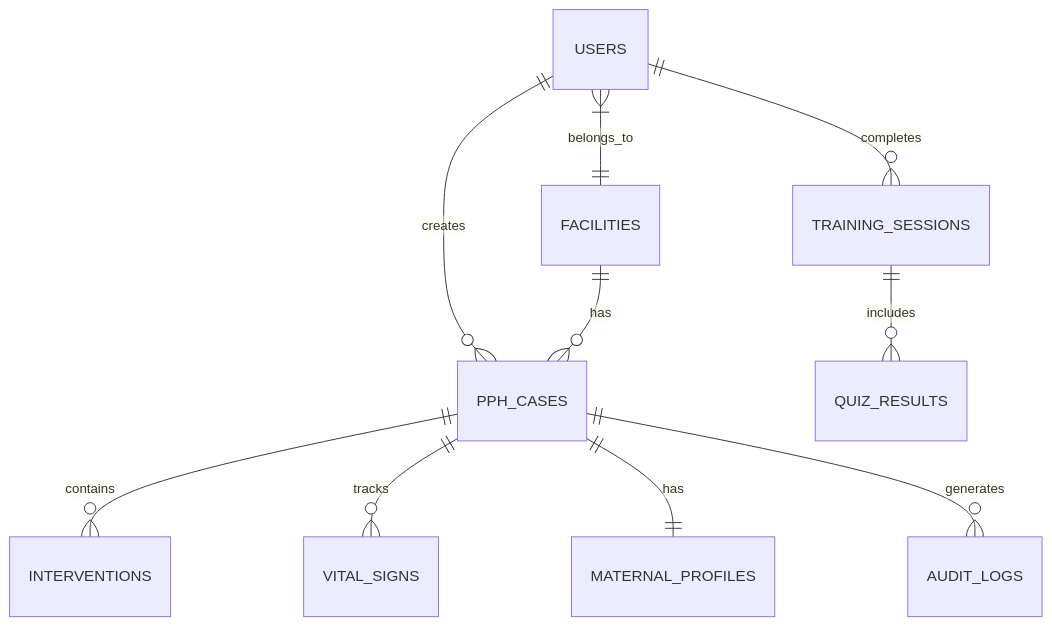
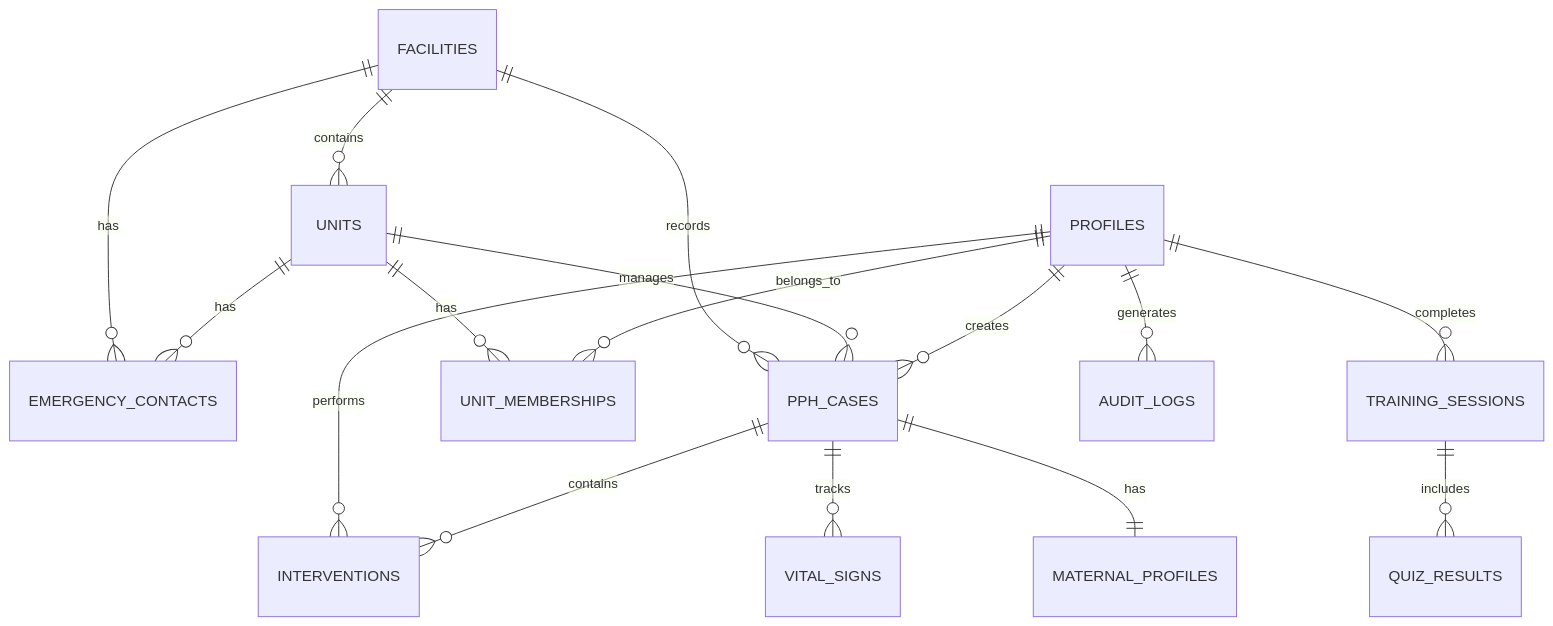
The diagram in docs/DATABASE_SCHEMA.md (Abdulhalim7177/motivaid), drawn with Mermaid before and after one commit. The commit also changed other lines of this file and 9 other files, not shown here.

````diff
--- a/docs/DATABASE_SCHEMA.md
+++ b/docs/DATABASE_SCHEMA.md
@@ -11,12 +14,22 @@
 ```mermaid
 erDiagram
-    USERS ||--o{ PPH_CASES : creates
-    USERS }|--|| FACILITIES : belongs_to
-    FACILITIES ||--o{ PPH_CASES : has
+    FACILITIES ||--o{ UNITS : contains
+    FACILITIES ||--o{ EMERGENCY_CONTACTS : has
+    FACILITIES ||--o{ PPH_CASES : records
+    
+    UNITS ||--o{ UNIT_MEMBERSHIPS : has
+    UNITS ||--o{ PPH_CASES : manages
+    UNITS ||--o{ EMERGENCY_CONTACTS : has
+    
+    PROFILES ||--o{ UNIT_MEMBERSHIPS : belongs_to
+    PROFILES ||--o{ PPH_CASES : creates
+    PROFILES ||--o{ INTERVENTIONS : performs
+    PROFILES ||--o{ TRAINING_SESSIONS : completes
+    PROFILES ||--o{ AUDIT_LOGS : generates
+    
     PPH_CASES ||--o{ INTERVENTIONS : contains
     PPH_CASES ||--o{ VITAL_SIGNS : tracks
     PPH_CASES ||--|| MATERNAL_PROFILES : has
-    USERS ||--o{ TRAINING_SESSIONS : completes
+    
     TRAINING_SESSIONS ||--o{ QUIZ_RESULTS : includes
-    PPH_CASES ||--o{ AUDIT_LOGS : generates
 ```
````
